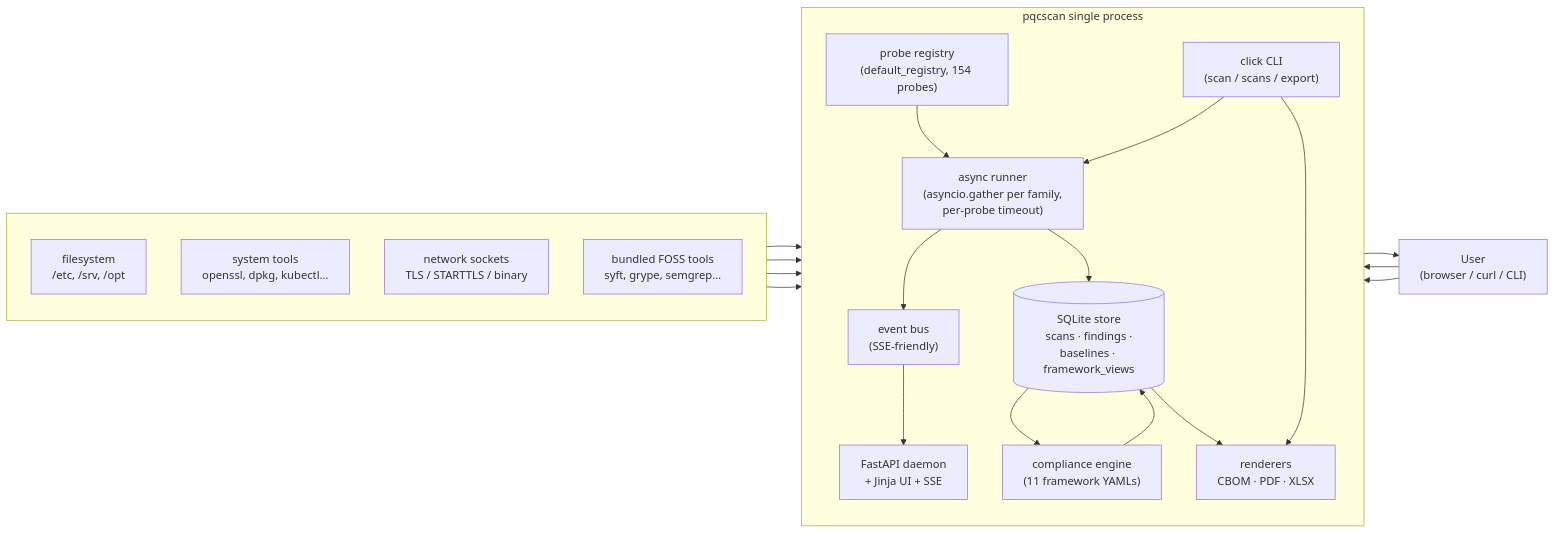
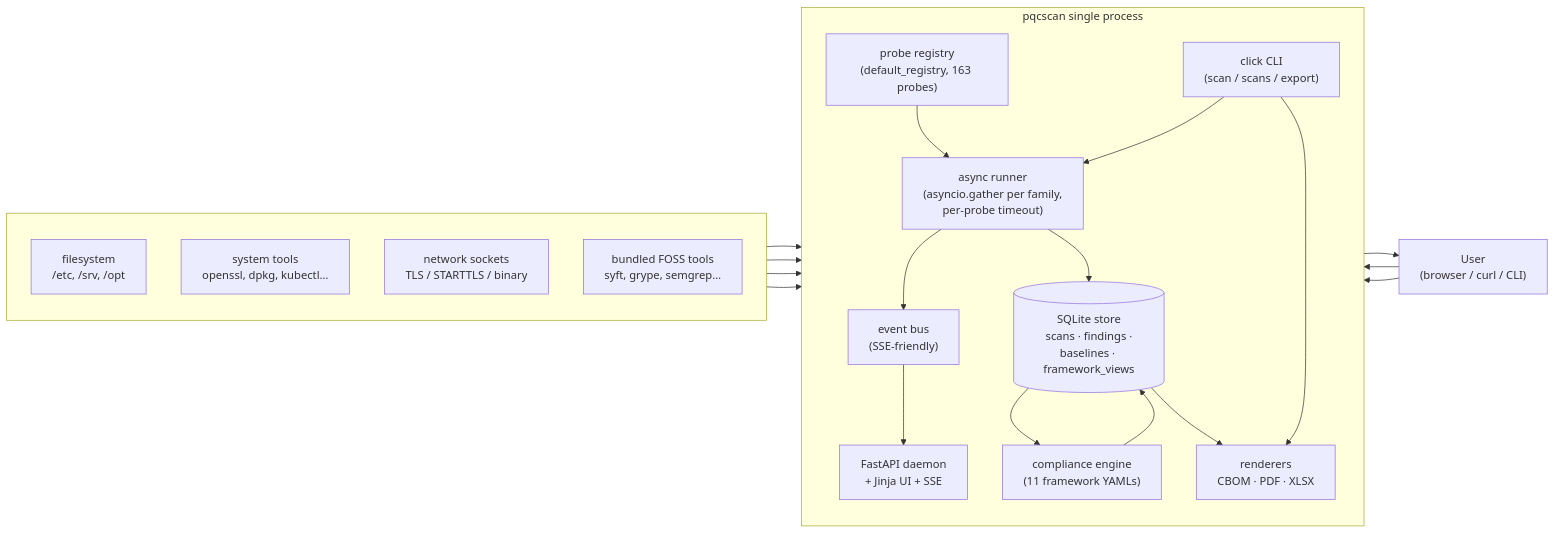
One commit to orengacademy/pqc-scanner2 changed the first of 8 diagrams in README.md. Above: the diagram before and after it, drawn with Mermaid. The commit also changed other lines of this file and 1 other file, not shown here.

First line of the commit message:
docs: truth sweep for v0.8.0 — 163 probes + continuation status (§8)

````diff
--- a/README.md
+++ b/README.md
@@ -34,39 +34,39 @@
 ```mermaid
 flowchart LR
     subgraph host[" "]
         direction TB
         FS["filesystem<br/>/etc, /srv, /opt"]
         SYS["system tools<br/>openssl, dpkg, kubectl…"]
         NET["network sockets<br/>TLS / STARTTLS / binary"]
         FOSS["bundled FOSS tools<br/>syft, grype, semgrep…"]
     end
 
     subgraph proc["pqcscan single process"]
         direction TB
-        REG["probe registry<br/>(default_registry, 154 probes)"]
+        REG["probe registry<br/>(default_registry, 163 probes)"]
         RUN["async runner<br/>(asyncio.gather per family,<br/>per-probe timeout)"]
         BUS["event bus<br/>(SSE-friendly)"]
         REPO[("SQLite store<br/>scans · findings ·<br/>baselines · framework_views")]
         COMP["compliance engine<br/>(11 framework YAMLs)"]
         DAEMON["FastAPI daemon<br/>+ Jinja UI + SSE"]
         CLI["click CLI<br/>(scan / scans / export)"]
         REND["renderers<br/>CBOM · PDF · XLSX"]
     end
 
     USER["User<br/>(browser / curl / CLI)"]
 
     FS  --> RUN
     SYS --> RUN
     NET --> RUN
     FOSS --> RUN
     REG --> RUN
     RUN --> BUS --> DAEMON
     RUN --> REPO
     REPO --> COMP --> REPO
     REPO --> REND
     DAEMON --> USER
     CLI   --> RUN
     CLI   --> REND
     USER  --> DAEMON
     USER  --> CLI
 ```
````
